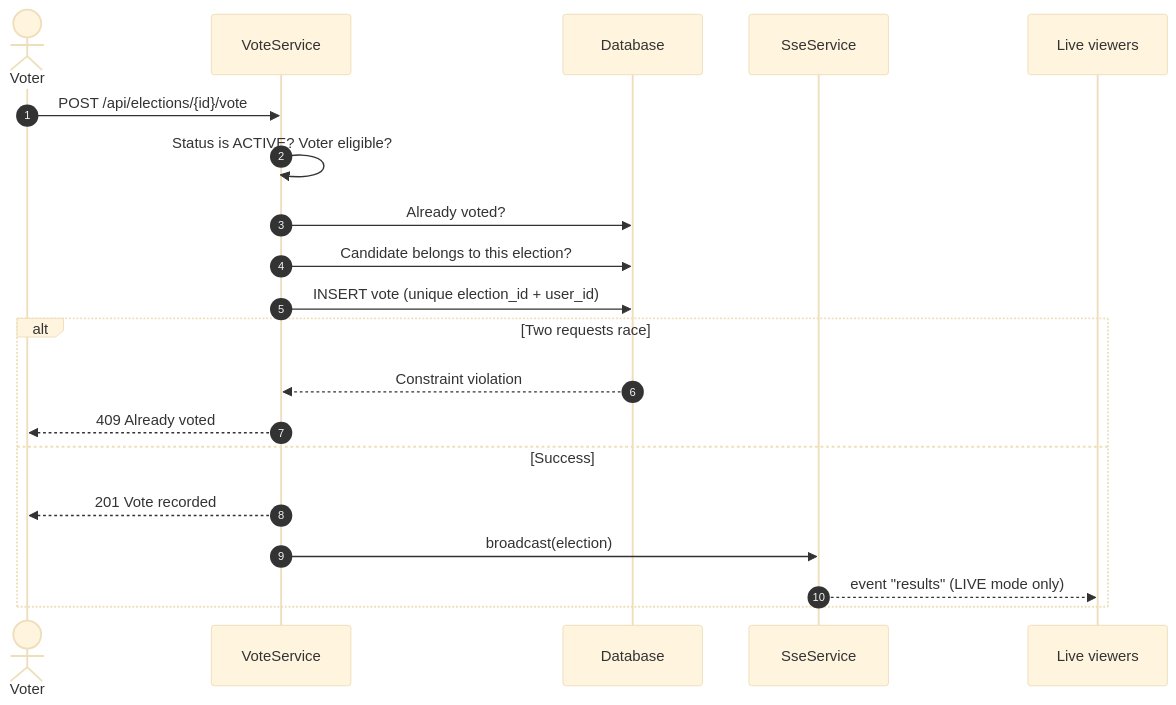
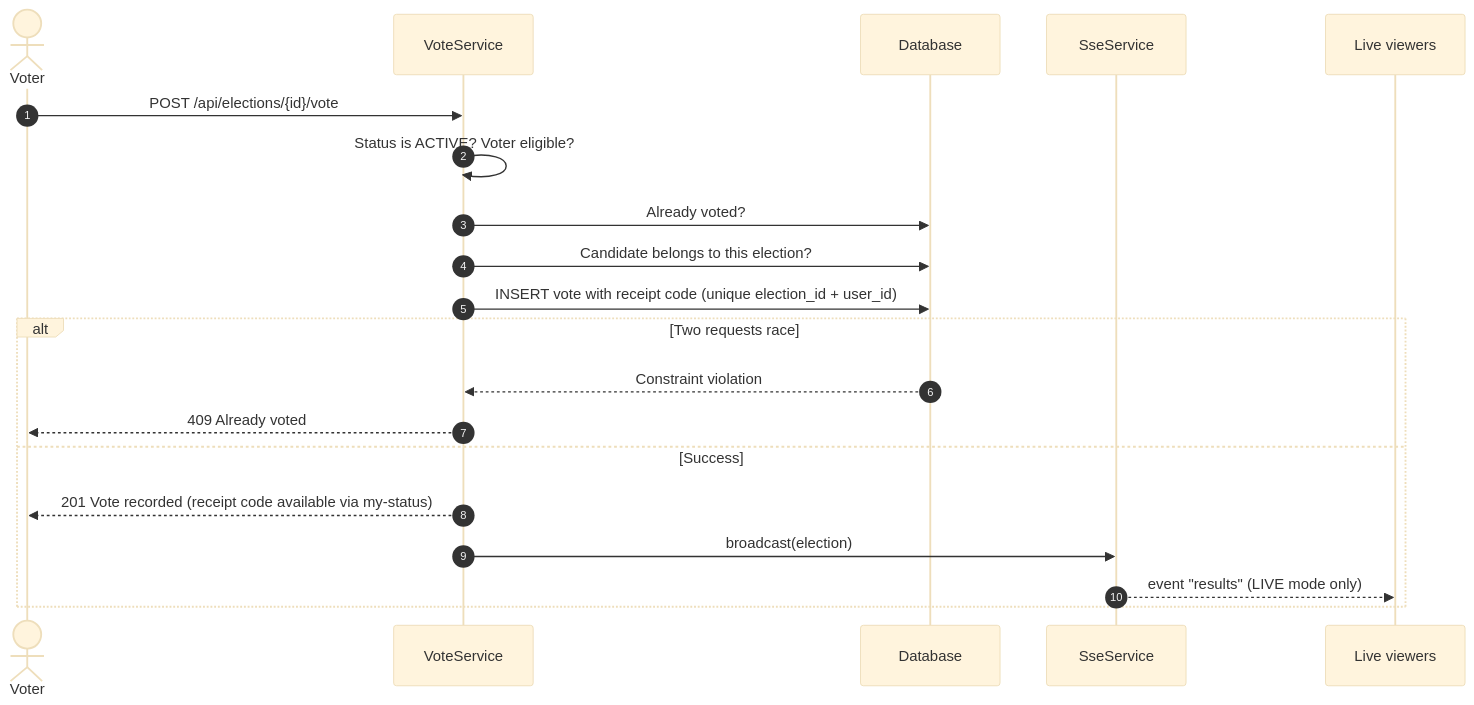
One commit to itz-Arun-001/online_voting_system changed the third of 6 diagrams in README.md. Above: the diagram before and after it, drawn with Mermaid (base theme). The commit also changed other lines of this file and 1 other file, not shown here.

````diff
--- a/README.md
+++ b/README.md
@@ -124,23 +132,23 @@
 ```mermaid
 sequenceDiagram
     autonumber
     actor V as Voter
     participant API as VoteService
     participant DB as Database
     participant SSE as SseService
     participant W as Live viewers
 
     V->>API: POST /api/elections/{id}/vote
     API->>API: Status is ACTIVE? Voter eligible?
     API->>DB: Already voted?
     API->>DB: Candidate belongs to this election?
-    API->>DB: INSERT vote (unique election_id + user_id)
+    API->>DB: INSERT vote with receipt code (unique election_id + user_id)
     alt Two requests race
         DB-->>API: Constraint violation
         API-->>V: 409 Already voted
     else Success
-        API-->>V: 201 Vote recorded
+        API-->>V: 201 Vote recorded (receipt code available via my-status)
         API->>SSE: broadcast(election)
         SSE-->>W: event "results" (LIVE mode only)
     end
 ```
````
